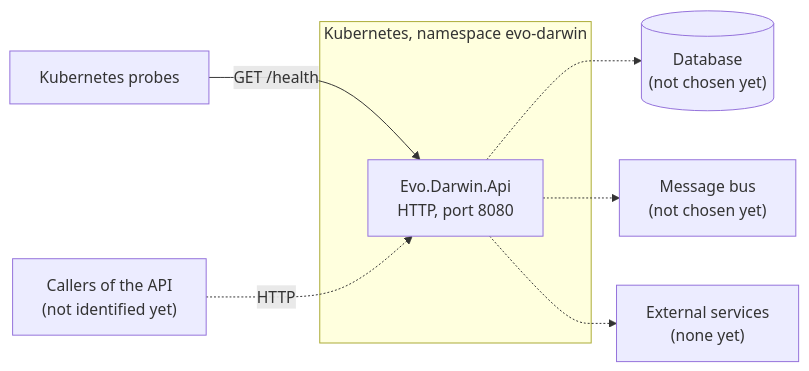
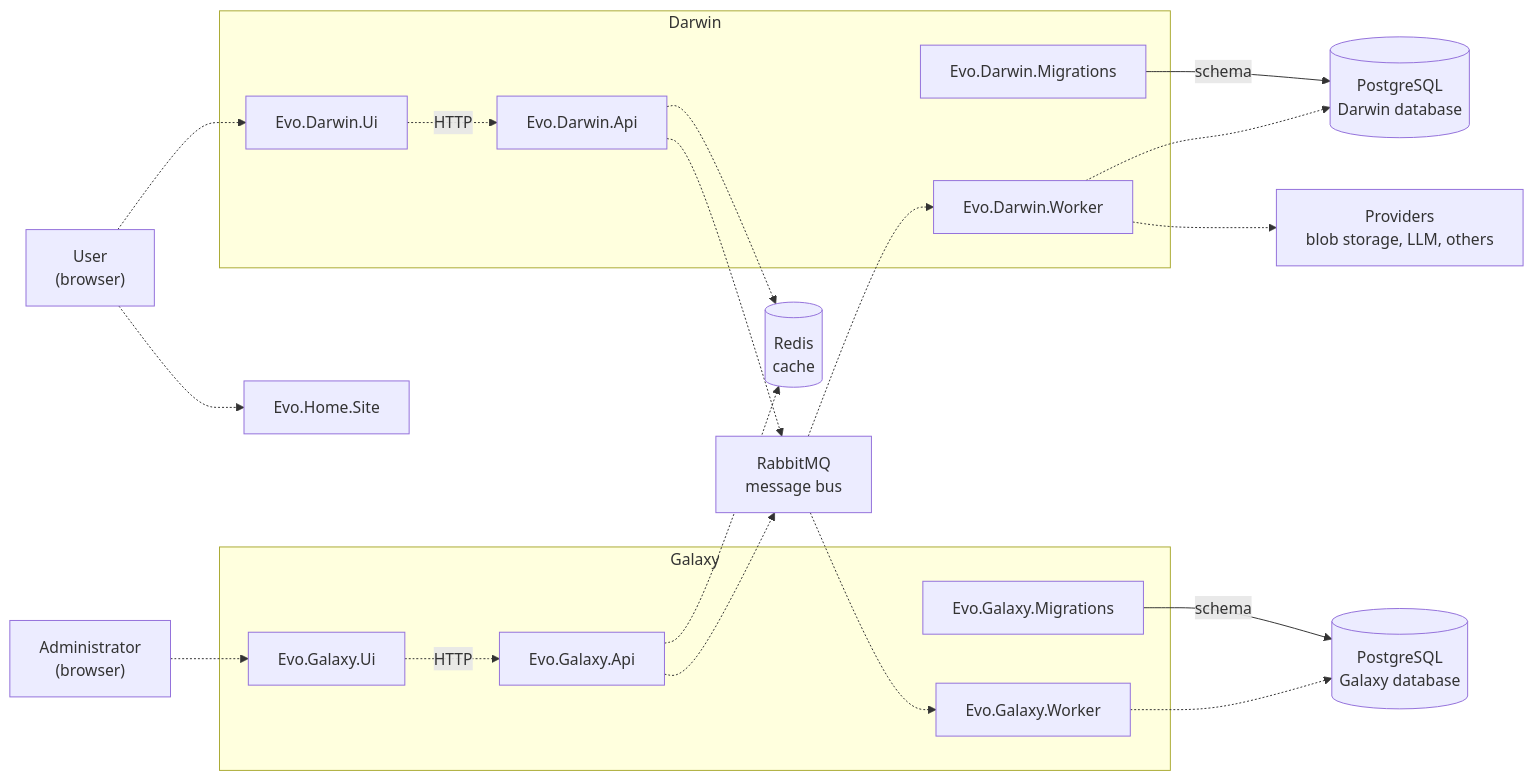
One commit to artdolya/evo-darwin changed the first of 2 diagrams in docs/architecture/overview.md. Above: the diagram before and after it, drawn with Mermaid. The commit also changed other lines of this file and 125 other files, not shown here.

````diff
--- a/docs/architecture/overview.md
+++ b/docs/architecture/overview.md
@@ -9,19 +21,45 @@
 ```mermaid
 flowchart LR
-    callers["Callers of the API<br/>(not identified yet)"]
-    probes["Kubernetes probes"]
+    user["User<br/>(browser)"]
+    admin["Administrator<br/>(browser)"]
 
-    subgraph cluster["Kubernetes, namespace evo-darwin"]
-        api["Evo.Darwin.Api<br/>HTTP, port 8080"]
+    home["Evo.Home.Site"]
+
+    subgraph darwin["Darwin"]
+        dui["Evo.Darwin.Ui"]
+        dapi["Evo.Darwin.Api"]
+        dworker["Evo.Darwin.Worker"]
+        dmig["Evo.Darwin.Migrations"]
     end
 
-    database[("Database<br/>(not chosen yet)")]
-    bus["Message bus<br/>(not chosen yet)"]
-    external["External services<br/>(none yet)"]
+    subgraph galaxy["Galaxy"]
+        gui["Evo.Galaxy.Ui"]
+        gapi["Evo.Galaxy.Api"]
+        gworker["Evo.Galaxy.Worker"]
+        gmig["Evo.Galaxy.Migrations"]
+    end
 
-    probes -->|"GET /health"| api
-    callers -.->|"HTTP"| api
-    api -.-> database
-    api -.-> bus
-    api -.-> external
+    redis[("Redis<br/>cache")]
+    bus["RabbitMQ<br/>message bus"]
+    ddb[("PostgreSQL<br/>Darwin database")]
+    gdb[("PostgreSQL<br/>Galaxy database")]
+    providers["Providers<br/>blob storage, LLM, others"]
+
+    user -.-> home
+    user -.-> dui
+    dui -.->|"HTTP"| dapi
+    dapi -.-> redis
+    dapi -.-> bus
+    bus -.-> dworker
+    dworker -.-> ddb
+    dworker -.-> providers
+    dmig -->|"schema"| ddb
+
+    admin -.-> gui
+    gui -.->|"HTTP"| gapi
+    gapi -.-> redis
+    gapi -.-> bus
+    bus -.-> gworker
+    gworker -.-> gdb
+    gmig -->|"schema"| gdb
 ```
````
